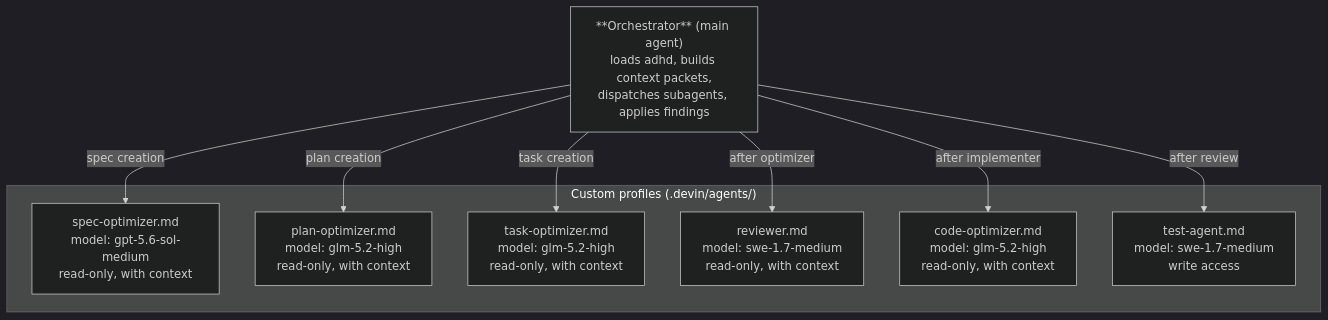
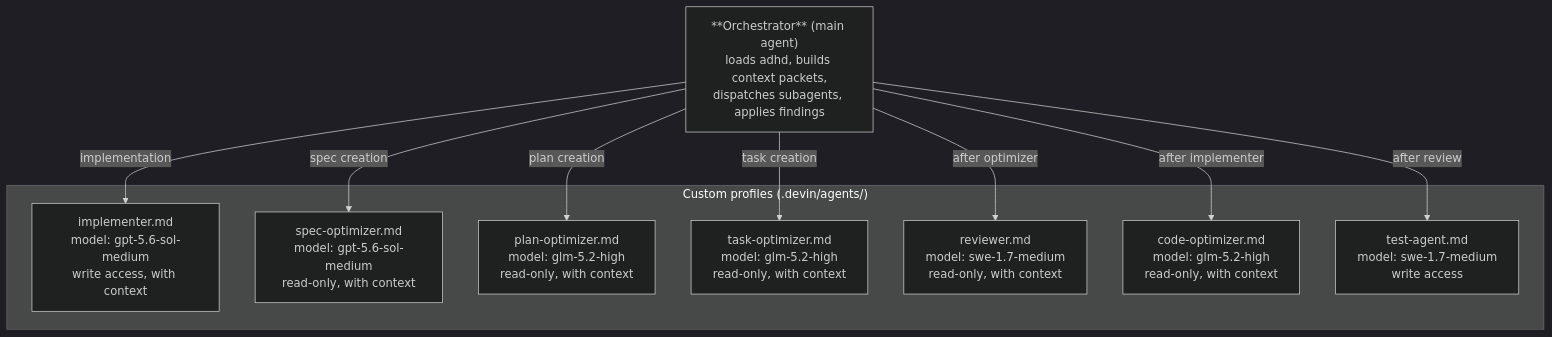
Before and after one commit to bperin/project-context: the fourth of 4 diagrams in README.md, drawn with Mermaid (dark theme). The commit also changed other lines of this file and 9 other files, not shown here.

First line of the commit message:
Pin implementer subagent to gpt-5.6-sol-medium

````diff
--- a/README.md
+++ b/README.md
@@ -138,20 +143,22 @@
 ```mermaid
 graph TD
     ORCH["**Orchestrator** (main agent)<br/>loads adhd, builds context packets,<br/>dispatches subagents, applies findings"]
 
     subgraph "Custom profiles (.devin/agents/)"
+        IMPL["implementer.md<br/>model: gpt-5.6-sol-medium<br/>write access, with context"]
         SPECOPT["spec-optimizer.md<br/>model: gpt-5.6-sol-medium<br/>read-only, with context"]
         PLANOPT["plan-optimizer.md<br/>model: glm-5.2-high<br/>read-only, with context"]
         TASKOPT["task-optimizer.md<br/>model: glm-5.2-high<br/>read-only, with context"]
         REV["reviewer.md<br/>model: swe-1.7-medium<br/>read-only, with context"]
         CODEOPT["code-optimizer.md<br/>model: glm-5.2-high<br/>read-only, with context"]
         TEST["test-agent.md<br/>model: swe-1.7-medium<br/>write access"]
     end
 
+    ORCH -->|"implementation"| IMPL
     ORCH -->|"spec creation"| SPECOPT
     ORCH -->|"plan creation"| PLANOPT
     ORCH -->|"task creation"| TASKOPT
     ORCH -->|"after optimizer"| REV
     ORCH -->|"after implementer"| CODEOPT
     ORCH -->|"after review"| TEST
 ```
````
